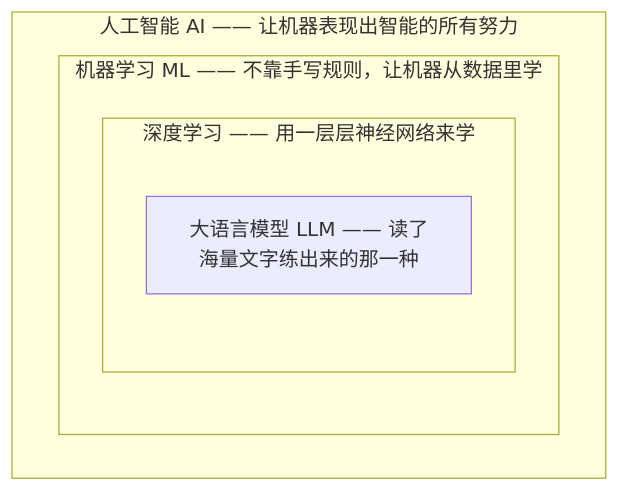
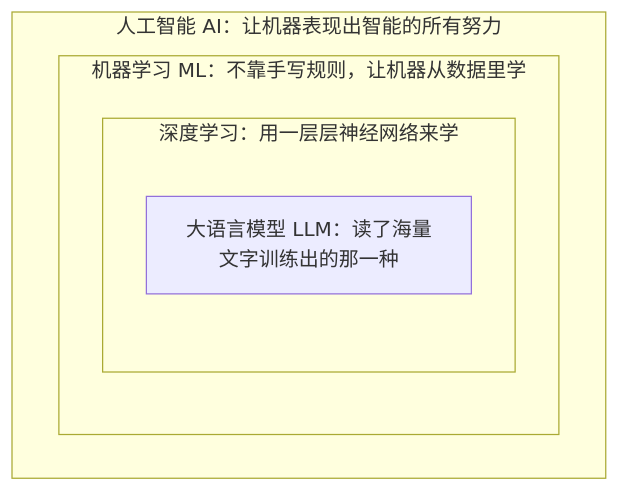
One commit to xxxAndlk/AI_Agent_Learning_path changed the first of 2 diagrams in 02.AI底层基础/第01课_AI到底是什么/第01课.md. Above: the diagram before and after it, drawn with Mermaid. The commit also changed other lines of this file and 4 other files, not shown here.

````diff
--- a/02.AI底层基础/第01课_AI到底是什么/第01课.md
+++ b/02.AI底层基础/第01课_AI到底是什么/第01课.md
@@ -23,10 +21,10 @@
 ```mermaid
 flowchart TD
-    subgraph AI["人工智能 AI —— 让机器表现出智能的所有努力"]
-        subgraph ML["机器学习 ML —— 不靠手写规则，让机器从数据里学"]
-            subgraph DL["深度学习 —— 用一层层神经网络来学"]
-                LLM["大语言模型 LLM —— 读了海量文字练出来的那一种"]
+    subgraph AI["人工智能 AI：让机器表现出智能的所有努力"]
+        subgraph ML["机器学习 ML：不靠手写规则，让机器从数据里学"]
+            subgraph DL["深度学习：用一层层神经网络来学"]
+                LLM["大语言模型 LLM：读了海量文字训练出的那一种"]
             end
         end
     end
 ```
````
